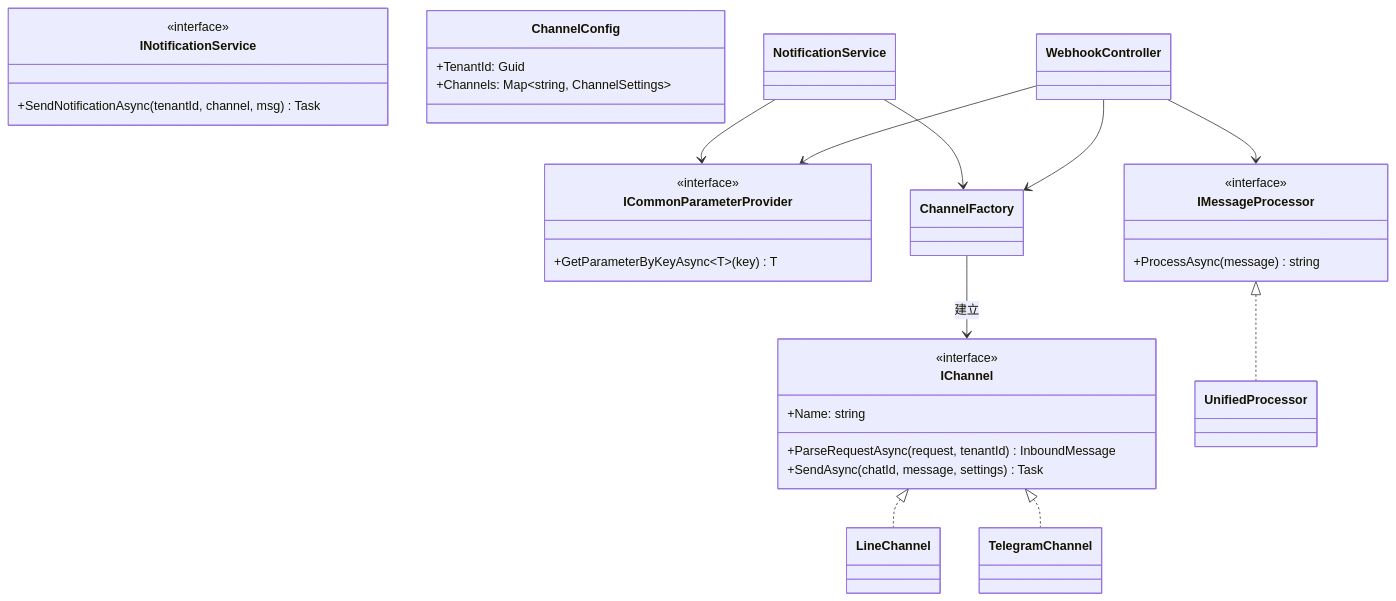
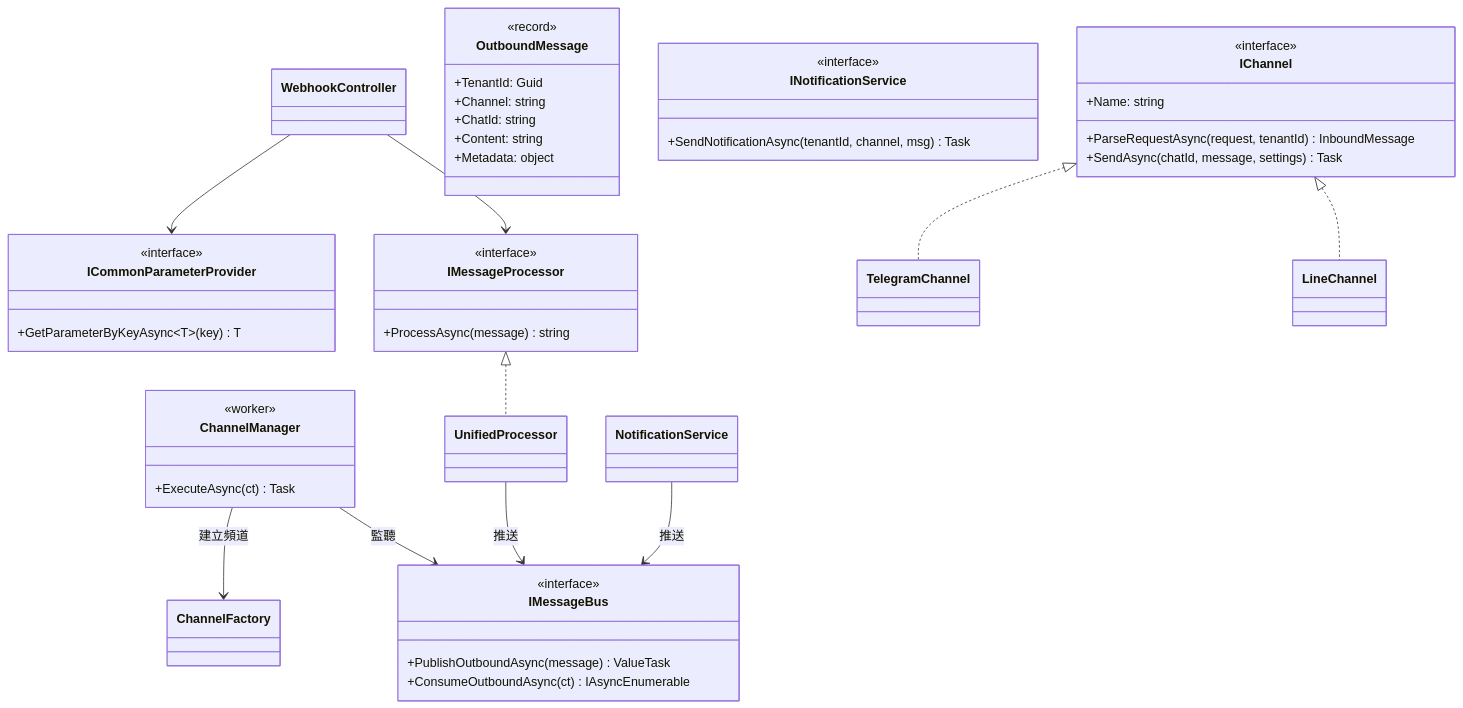
Before and after one commit to bruceagentadmin/MessageHub: the second of 5 diagrams in docs/source_req/CHANNEL_SYSTEM_CS_MULTITENANT.md, drawn with Mermaid. The commit also changed other lines of this file and 32 other files, not shown here.

Commit message:
feat: Implement initial message hub architecture with core models, channel infrastructure, API webhooks, application services, and unit tests.

````diff
--- a/docs/source_req/CHANNEL_SYSTEM_CS_MULTITENANT.md
+++ b/docs/source_req/CHANNEL_SYSTEM_CS_MULTITENANT.md
@@ -42,40 +55,55 @@
 ```mermaid
 classDiagram
     class IChannel {
         <<interface>>
         +Name: string
         +ParseRequestAsync(request, tenantId) InboundMessage
         +SendAsync(chatId, message, settings) Task
+    }
+
+    class IMessageBus {
+        <<interface>>
+        +PublishOutboundAsync(message) ValueTask
+        +ConsumeOutboundAsync(ct) IAsyncEnumerable
+    }
+
+    class OutboundMessage {
+        <<record>>
+        +TenantId: Guid
+        +Channel: string
+        +ChatId: string
+        +Content: string
+        +Metadata: object
     }
 
     class ICommonParameterProvider {
         <<interface>>
         +GetParameterByKeyAsync~T~(key) T
     }
 
     class IMessageProcessor {
         <<interface>>
         +ProcessAsync(message) string
     }
 
     class INotificationService {
         <<interface>>
         +SendNotificationAsync(tenantId, channel, msg) Task
     }
 
-    class ChannelConfig {
-        +TenantId: Guid
-        +Channels: Map~string, ChannelSettings~
+    class ChannelManager {
+        <<worker>>
+        +ExecuteAsync(ct) Task
     }
 
     IChannel <|.. LineChannel
     IChannel <|.. TelegramChannel
     IMessageProcessor <|.. UnifiedProcessor
 
-    ChannelFactory --> IChannel : 建立
+    ChannelManager --> IMessageBus : 監聽
+    ChannelManager --> ChannelFactory : 建立頻道
+    NotificationService --> IMessageBus : 推送
+    UnifiedProcessor --> IMessageBus : 推送
+    WebhookController --> IMessageProcessor
     WebhookController --> ICommonParameterProvider
-    WebhookController --> ChannelFactory
-    WebhookController --> IMessageProcessor
-    NotificationService --> ICommonParameterProvider
-    NotificationService --> ChannelFactory
 ```
````
